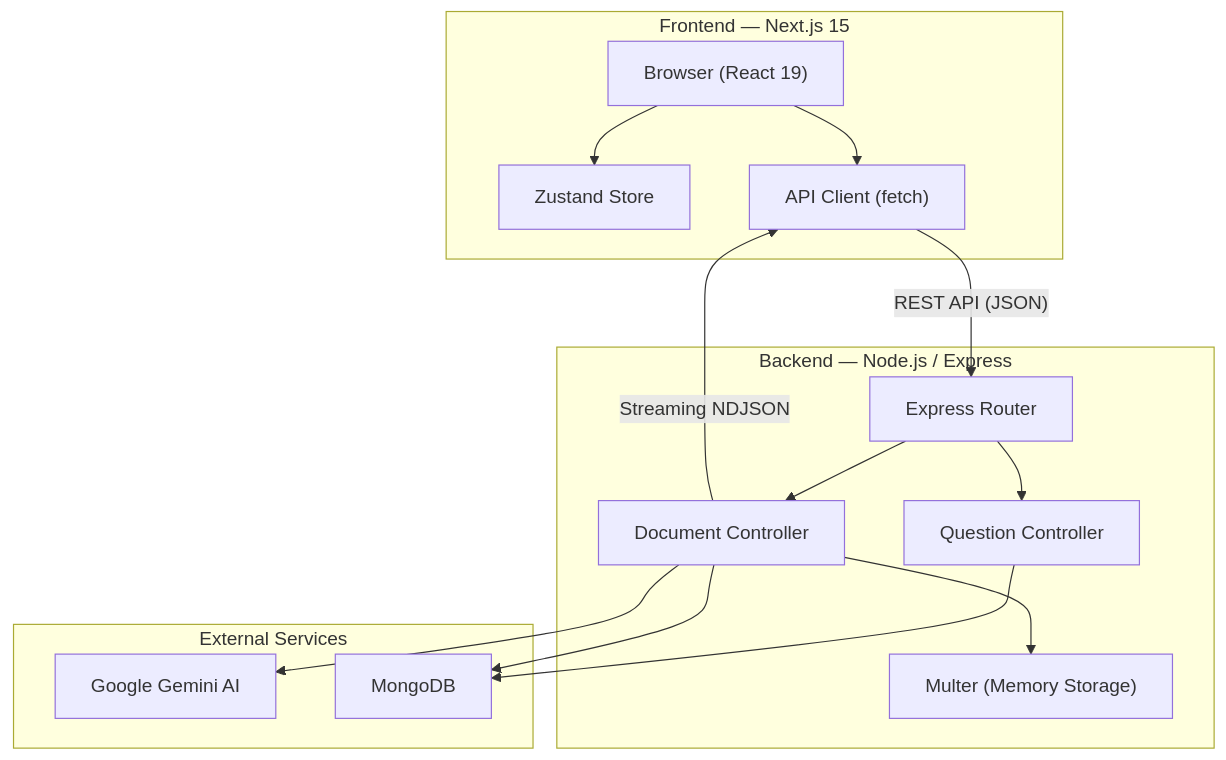
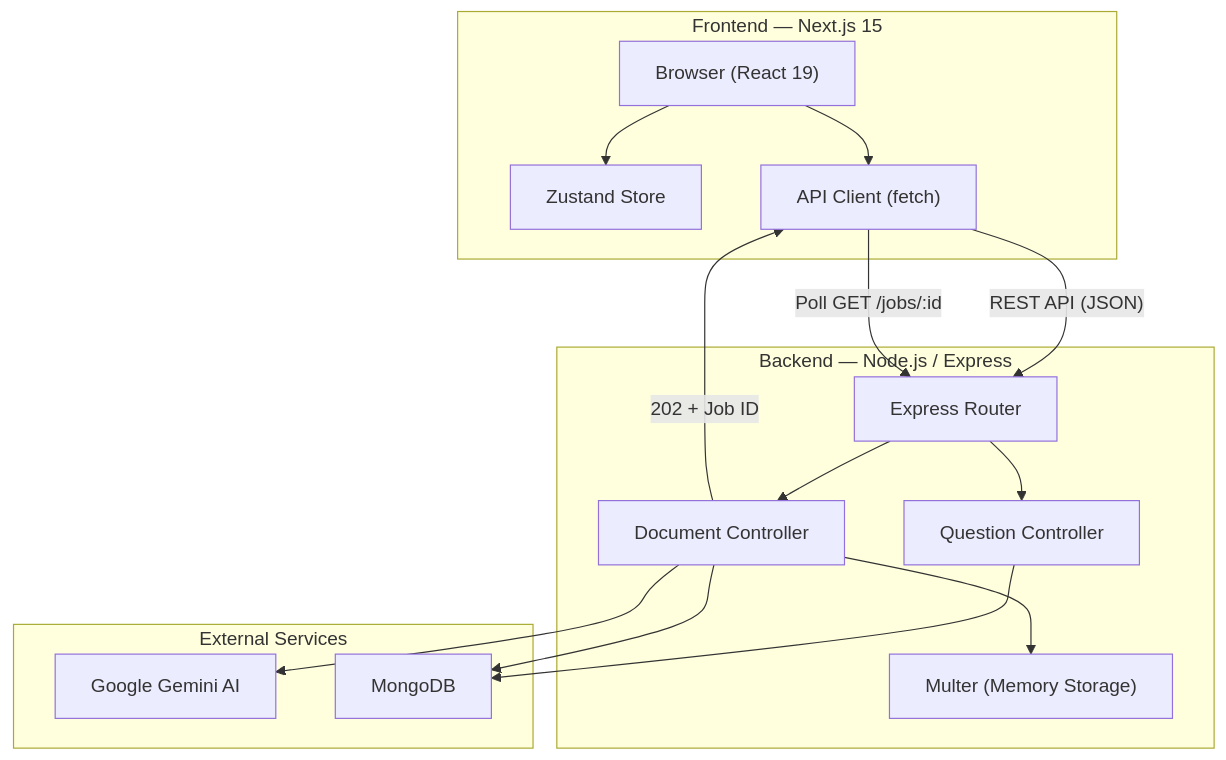
The first of 5 diagrams in docs/TECHNICAL_DOCUMENTATION.md (shshwtkhr/quiz-app), drawn with Mermaid before and after one commit. The commit also changed other lines of this file and 1 other file, not shown here.

````diff
--- a/docs/TECHNICAL_DOCUMENTATION.md
+++ b/docs/TECHNICAL_DOCUMENTATION.md
@@ -59,31 +60,32 @@
 ```mermaid
 graph TB
     subgraph Client["Frontend — Next.js 15"]
         Browser["Browser (React 19)"]
         Store["Zustand Store"]
         API_Client["API Client (fetch)"]
     end
 
     subgraph Server["Backend — Node.js / Express"]
         Routes["Express Router"]
         QCtrl["Question Controller"]
         DCtrl["Document Controller"]
         Multer["Multer (Memory Storage)"]
     end
 
     subgraph External["External Services"]
         Gemini["Google Gemini AI"]
         MongoDB["MongoDB"]
     end
 
     Browser --> Store
     Browser --> API_Client
     API_Client -->|"REST API (JSON)"| Routes
     Routes --> QCtrl
     Routes --> DCtrl
     DCtrl --> Multer
-    DCtrl -->|"Streaming NDJSON"| API_Client
+    DCtrl -->|"202 + Job ID"| API_Client
+    API_Client -->|"Poll GET /jobs/:id"| Routes
     QCtrl --> MongoDB
     DCtrl --> Gemini
     DCtrl --> MongoDB
 ```
````
